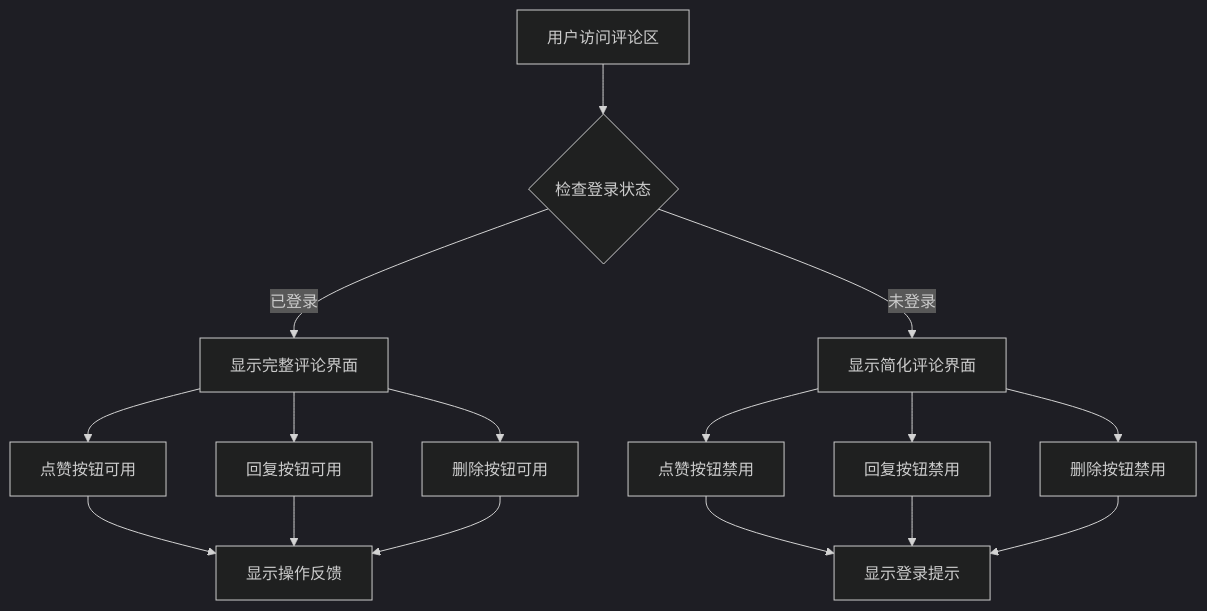
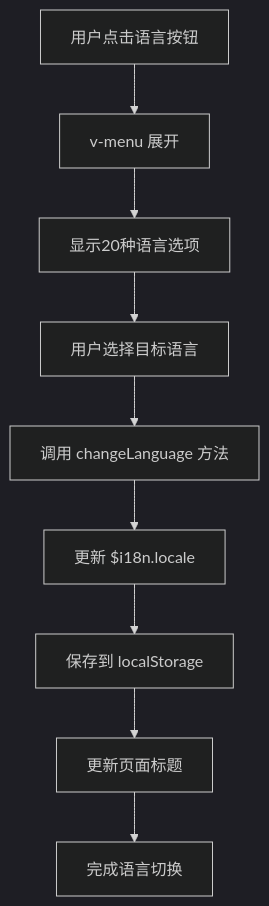
The third of 4 diagrams in .qoder/repowiki/zh/content/前端应用/组件架构/布局组件.md (TinyMaD/SpeedRunnersLab), drawn with Mermaid (dark theme) before and after one commit. The commit also changed other lines of this file and 9 other files, not shown here.

````diff
--- a/.qoder/repowiki/zh/content/前端应用/组件架构/布局组件.md
+++ b/.qoder/repowiki/zh/content/前端应用/组件架构/布局组件.md
@@ -293,18 +326,11 @@
 ```mermaid
 flowchart TD
-A[用户访问评论区] --> B{检查登录状态}
-B --> |已登录| C[显示完整评论界面]
-B --> |未登录| D[显示简化评论界面]
-C --> E[点赞按钮可用]
-C --> F[回复按钮可用]
-C --> G[删除按钮可用]
-D --> H[点赞按钮禁用]
-D --> I[回复按钮禁用]
-D --> J[删除按钮禁用]
-E --> K[显示操作反馈]
-F --> K
-G --> K
-H --> L[显示登录提示]
-I --> L
-J --> L
+A[用户点击语言按钮] --> B[v-menu 展开]
+B --> C[显示20种语言选项]
+C --> D[用户选择目标语言]
+D --> E[调用 changeLanguage 方法]
+E --> F[更新 $i18n.locale]
+F --> G[保存到 localStorage]
+G --> H[更新页面标题]
+H --> I[完成语言切换]
 ```
````
